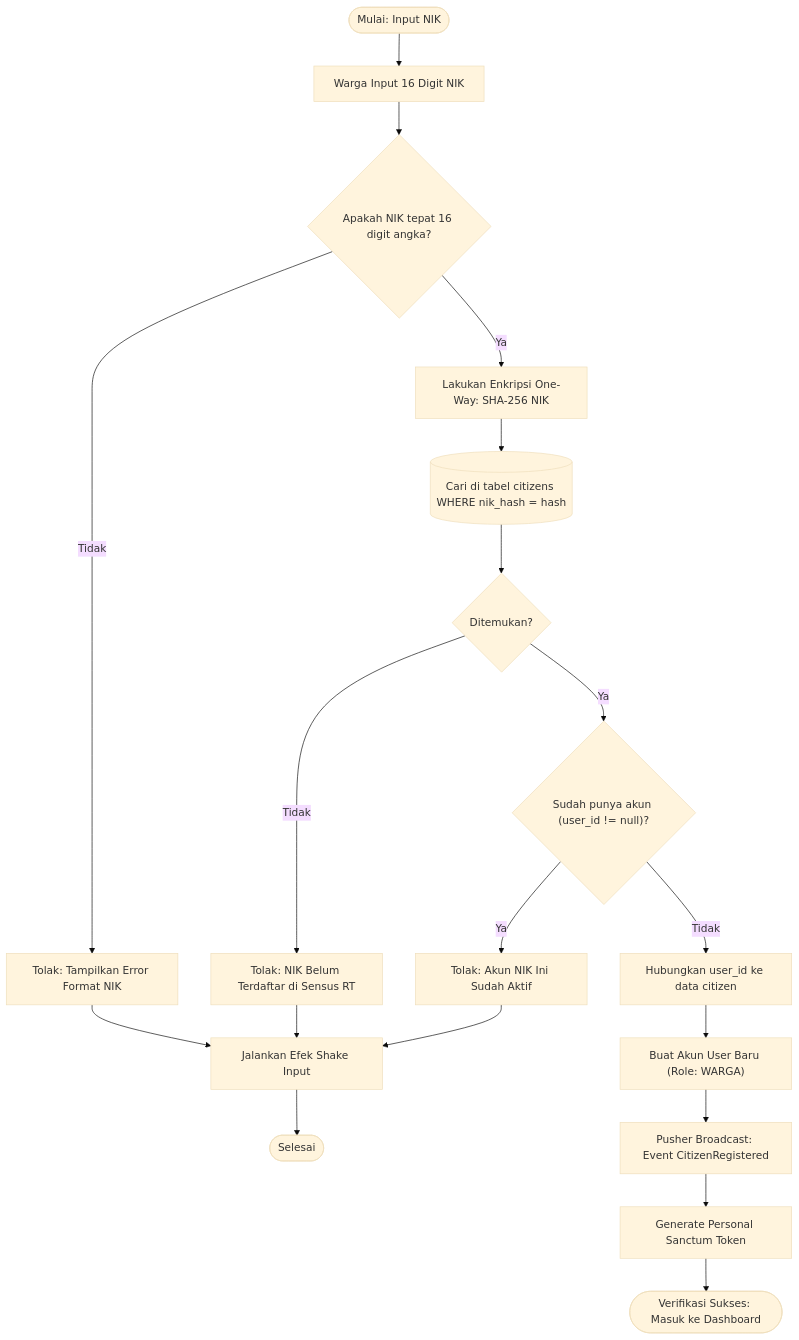
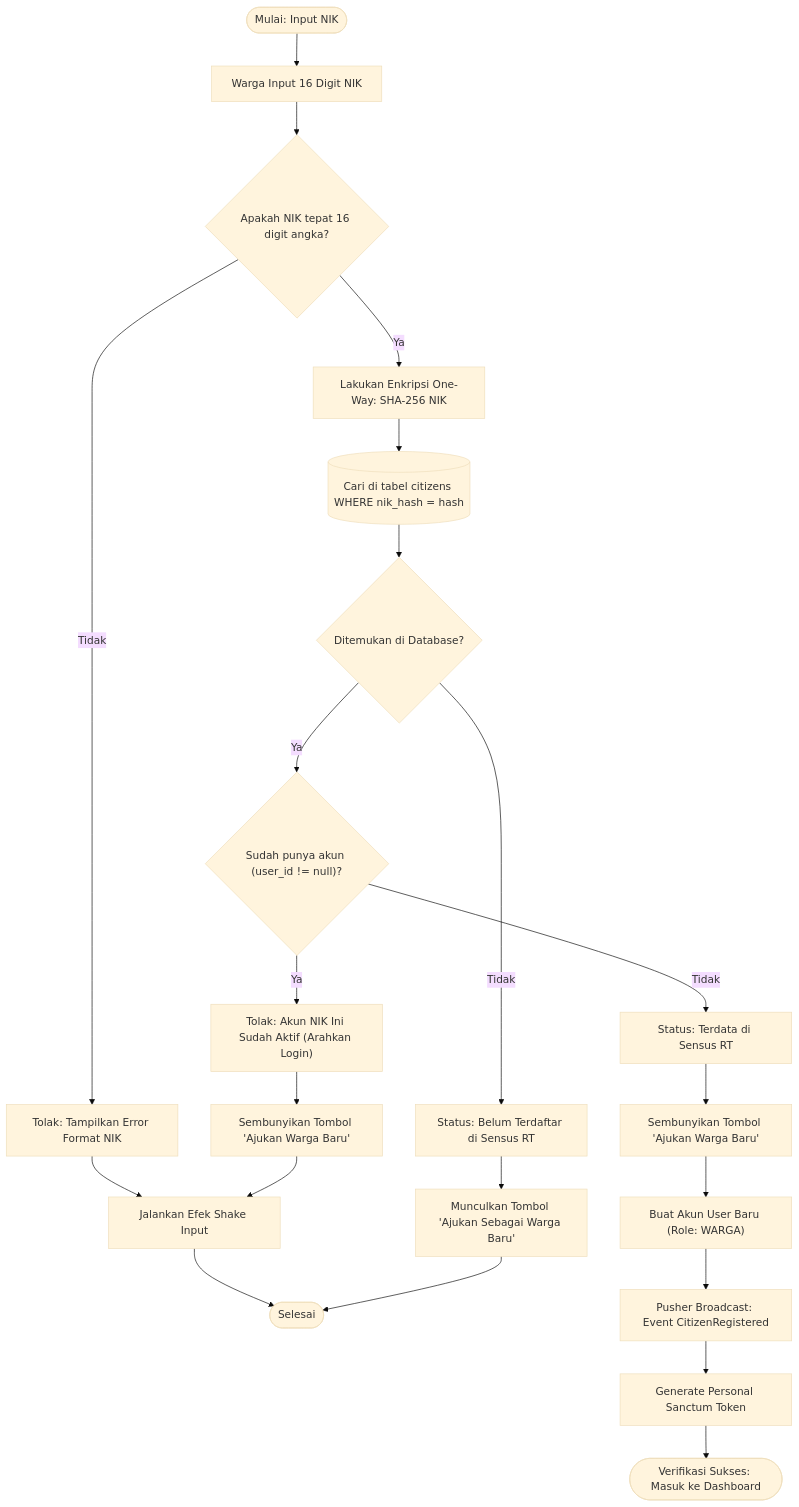
Diagram 11 of 12 in README.md (not162/platform-layanan-publik-warga), drawn with Mermaid (base theme) before and after one commit. The commit also changed other lines of this file and 1 other file, not shown here.

Commit message:
docs: document 5 core software engineering diagrams and resolve Vercel staging root download issue

````diff
--- a/README.md
+++ b/README.md
@@ -592,25 +941,28 @@
 ```mermaid
 flowchart TD
     Start(["Mulai: Input NIK"]) --> In["Warga Input 16 Digit NIK"]
     In --> V1{"Apakah NIK tepat 16 digit angka?"}
     V1 -- "Tidak" --> E1["Tolak: Tampilkan Error Format NIK"]
     E1 --> Shake["Jalankan Efek Shake Input"]
     Shake --> End1(["Selesai"])
     
     V1 -- "Ya" --> Hash["Lakukan Enkripsi One-Way: SHA-256 NIK"]
     Hash --> Query[("Cari di tabel citizens WHERE nik_hash = hash")]
-    Query --> Check{"Ditemukan?"}
+    Query --> Check{"Ditemukan di Database?"}
     
-    Check -- "Tidak" --> E2["Tolak: NIK Belum Terdaftar di Sensus RT"]
-    E2 --> Shake
+    Check -- "Tidak" --> E2["Status: Belum Terdaftar di Sensus RT"]
+    E2 --> ShowBtn["Munculkan Tombol 'Ajukan Sebagai Warga Baru'"]
+    ShowBtn --> End1
     
     Check -- "Ya" --> Linked{"Sudah punya akun (user_id != null)?"}
-    Linked -- "Ya" --> E3["Tolak: Akun NIK Ini Sudah Aktif"]
-    E3 --> Shake
+    Linked -- "Ya" --> E3["Tolak: Akun NIK Ini Sudah Aktif (Arahkan Login)"]
+    E3 --> HideBtn1["Sembunyikan Tombol 'Ajukan Warga Baru'"]
+    HideBtn1 --> Shake
     
-    Linked -- "Tidak" --> Link["Hubungkan user_id ke data citizen"]
-    Link --> Create["Buat Akun User Baru (Role: WARGA)"]
+    Linked -- "Tidak" --> Link["Status: Terdata di Sensus RT"]
+    Link --> HideBtn2["Sembunyikan Tombol 'Ajukan Warga Baru'"]
+    HideBtn2 --> Create["Buat Akun User Baru (Role: WARGA)"]
     Create --> Event["Pusher Broadcast: Event CitizenRegistered"]
     Event --> Token["Generate Personal Sanctum Token"]
     Token --> Sukses(["Verifikasi Sukses: Masuk ke Dashboard"])
 ```
````
